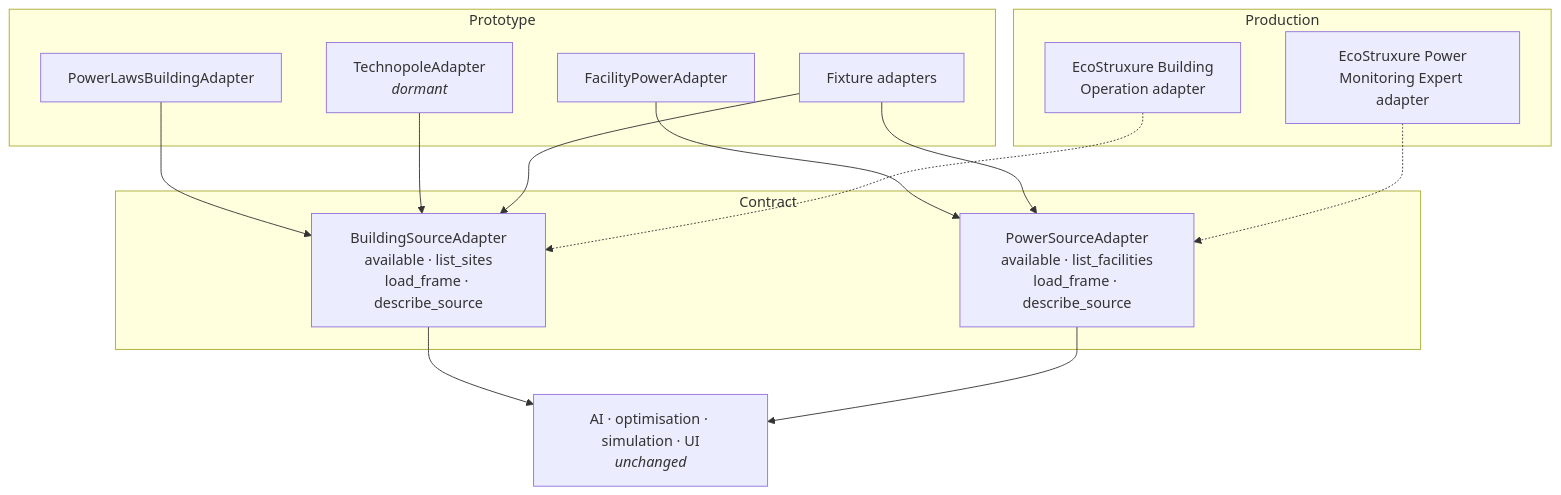
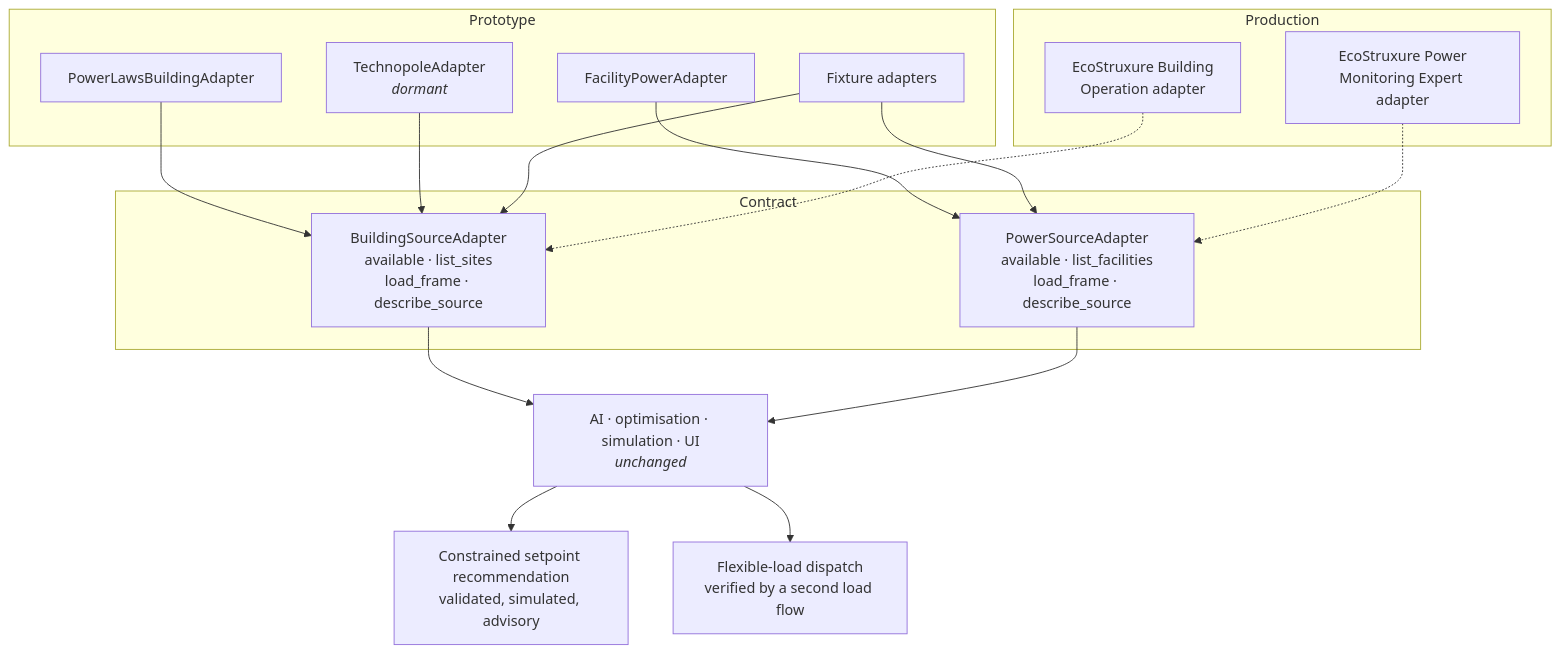
One commit to jediasaf/BMSEMS-Demo changed the sixth of 6 diagrams in docs/architecture.md. Above: the diagram before and after it, drawn with Mermaid. The commit also changed other lines of this file and 64 other files, not shown here.

````diff
--- a/docs/architecture.md
+++ b/docs/architecture.md
@@ -129,22 +129,24 @@
 ```mermaid
 flowchart TB
     subgraph today["Prototype"]
         T1["PowerLawsBuildingAdapter"]
         T2["FacilityPowerAdapter"]
         T3["TechnopoleAdapter<br/><i>dormant</i>"]
         T4["Fixture adapters"]
     end
     subgraph contract["Contract"]
         C1["BuildingSourceAdapter<br/>available · list_sites<br/>load_frame · describe_source"]
         C2["PowerSourceAdapter<br/>available · list_facilities<br/>load_frame · describe_source"]
     end
     subgraph future["Production"]
         F1["EcoStruxure Building<br/>Operation adapter"]
         F2["EcoStruxure Power<br/>Monitoring Expert adapter"]
     end
     T1 & T3 & T4 --> C1
     T2 & T4 --> C2
     F1 -.-> C1
     F2 -.-> C2
     C1 & C2 --> AI["AI · optimisation · simulation · UI<br/><i>unchanged</i>"]
+    AI --> O1["Constrained setpoint recommendation<br/>validated, simulated, advisory"]
+    AI --> O2["Flexible-load dispatch<br/>verified by a second load flow"]
 ```
````
